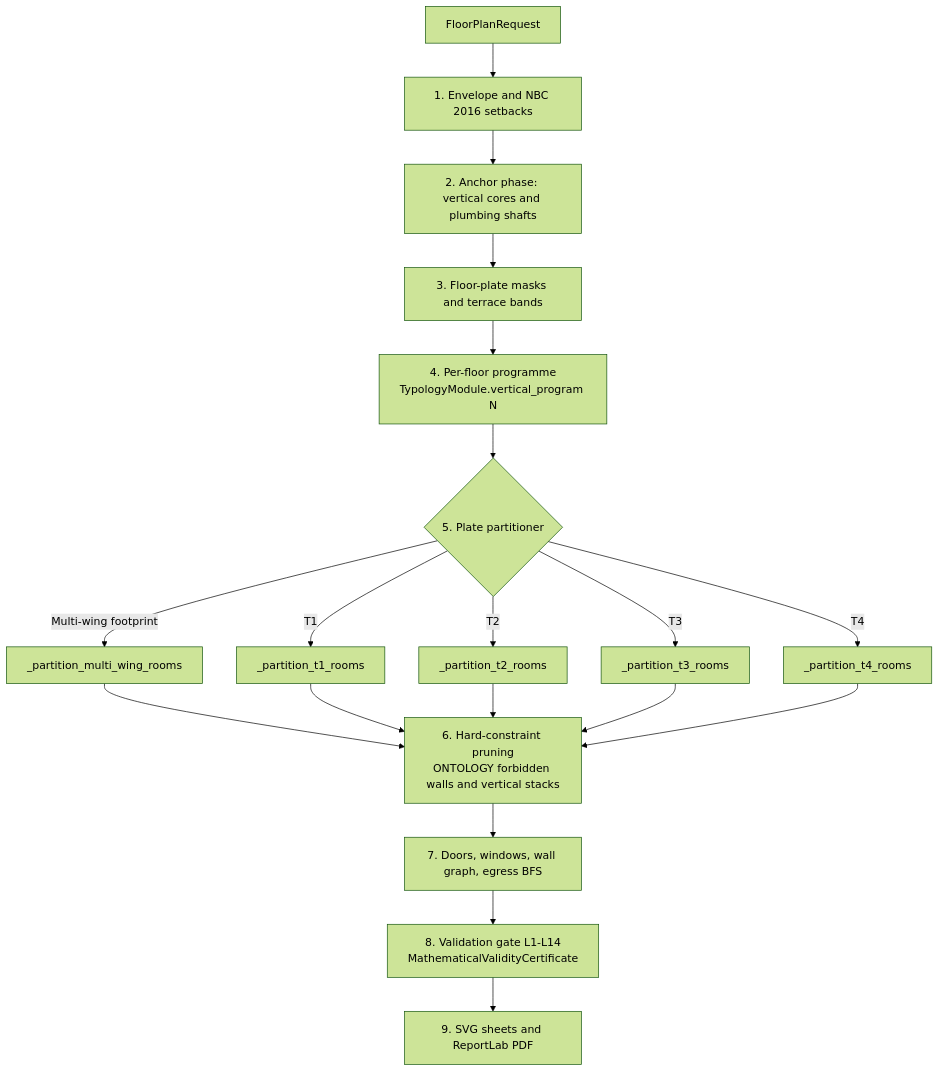
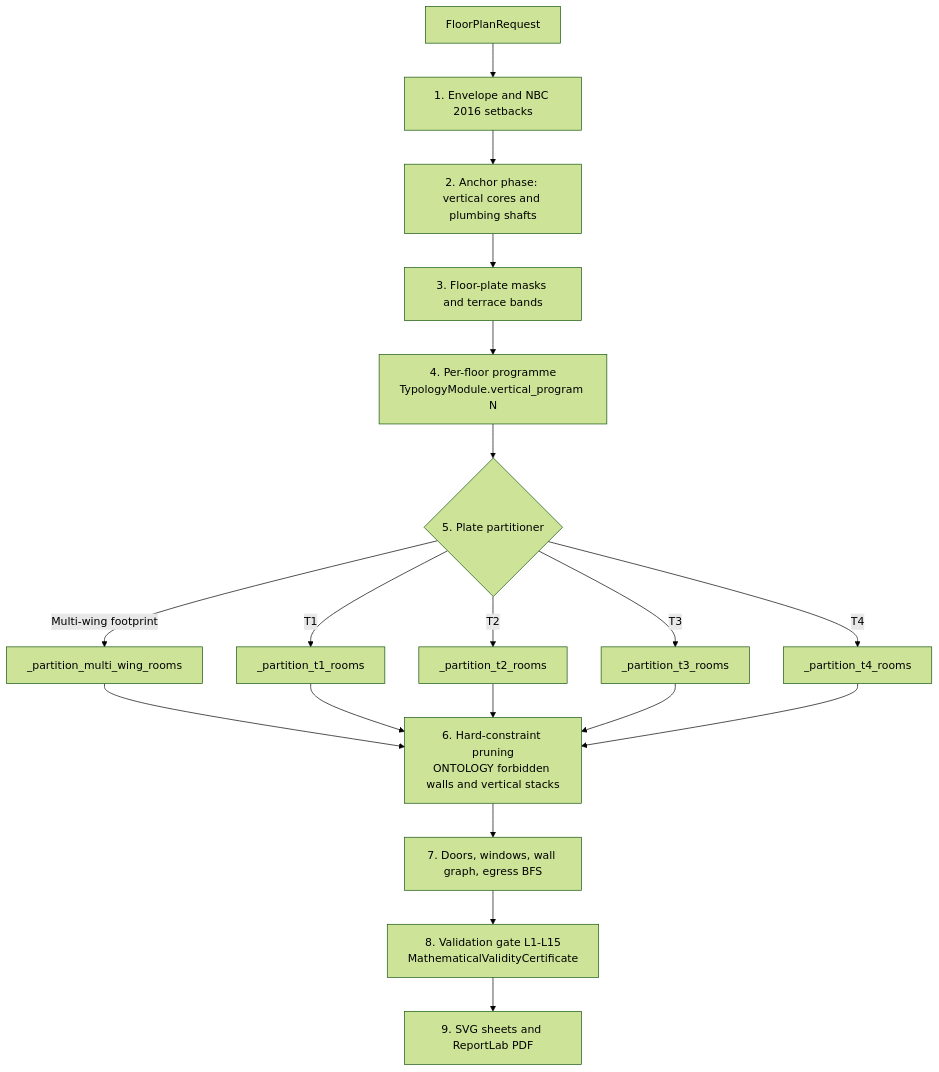
One commit to Mrtracker-new/BuildWise_AI changed the diagram in docs/blueprint-engine.md. Above: the diagram before and after it, drawn with Mermaid (forest theme). The commit also changed other lines of this file, not shown here.

````diff
--- a/docs/blueprint-engine.md
+++ b/docs/blueprint-engine.md
@@ -37,21 +37,21 @@
 ```mermaid
 flowchart TD
     Req[FloorPlanRequest] --> Envelope[1. Envelope and NBC 2016 setbacks]
     Envelope --> Anchors[2. Anchor phase: vertical cores and plumbing shafts]
     Anchors --> Masks[3. Floor-plate masks and terrace bands]
     Masks --> Program[4. Per-floor programme<br/>TypologyModule.vertical_program N]
     Program --> Part{5. Plate partitioner}
     Part -->|Multi-wing footprint| Wing[_partition_multi_wing_rooms]
     Part -->|T1| T1[_partition_t1_rooms]
     Part -->|T2| T2[_partition_t2_rooms]
     Part -->|T3| T3[_partition_t3_rooms]
     Part -->|T4| T4[_partition_t4_rooms]
     Wing --> Prune[6. Hard-constraint pruning<br/>ONTOLOGY forbidden walls and vertical stacks]
     T1 --> Prune
     T2 --> Prune
     T3 --> Prune
     T4 --> Prune
     Prune --> Openings[7. Doors, windows, wall graph, egress BFS]
-    Openings --> Gate[8. Validation gate L1-L14<br/>MathematicalValidityCertificate]
+    Openings --> Gate[8. Validation gate L1-L15<br/>MathematicalValidityCertificate]
     Gate --> Sheets[9. SVG sheets and ReportLab PDF]
 ```
````
